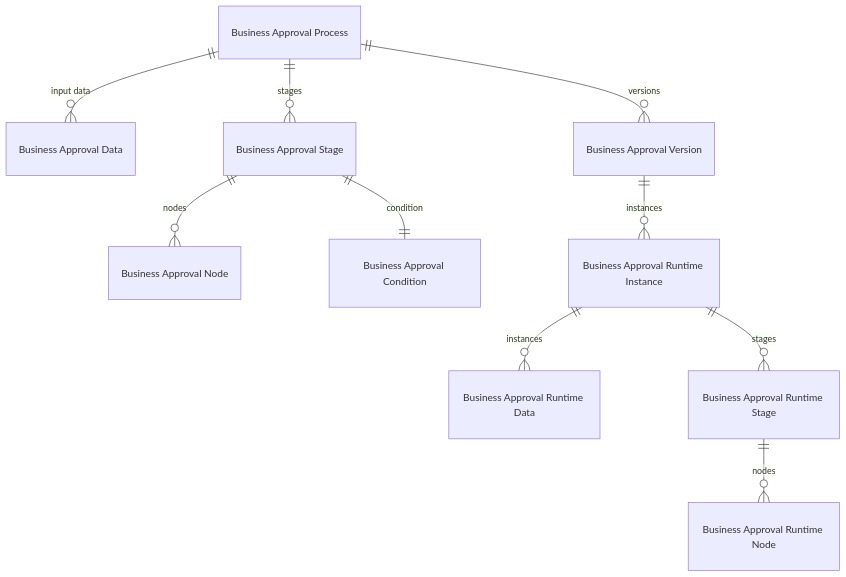
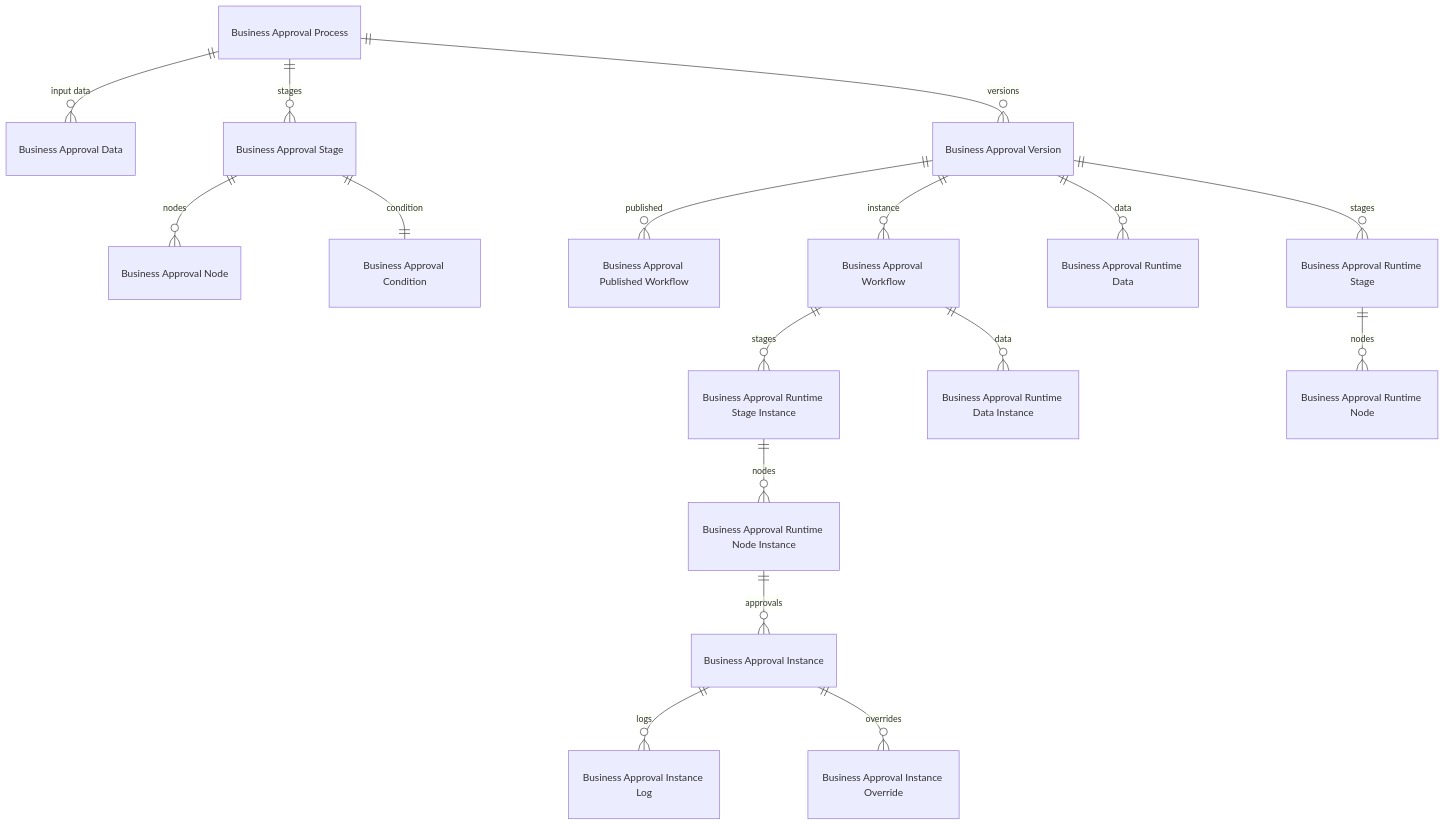
The diagram in ApprovalsKitResources/datamodel.mermaid (microsoft/powercat-business-approvals-kit), drawn with Mermaid before and after one commit. The commit also changed other lines of this file and 1 other file, not shown here.

Commit message:
Data model update

```diff
--- a/ApprovalsKitResources/datamodel.mermaid
+++ b/ApprovalsKitResources/datamodel.mermaid
@@ -1,10 +1,25 @@
+%% ---------
+%%  https://mermaid.live/edit
+%% ---------
 erDiagram
     "Business Approval Process" ||--o{ "Business Approval Data" : "input data"
     "Business Approval Process" ||--o{ "Business Approval Stage" : stages
     "Business Approval Stage" ||--o{ "Business Approval Node" : nodes
     "Business Approval Stage" ||--1 "Business Approval Condition" : condition
     "Business Approval Process" ||--o{ "Business Approval Version" : versions
-    "Business Approval Version" ||--o{ "Business Approval Runtime Instance" : instances
-    "Business Approval Runtime Instance" ||--o{ "Business Approval Runtime Data" : instances
-    "Business Approval Runtime Instance" ||--o{ "Business Approval Runtime Stage" : stages
+    "Business Approval Version" ||--o{ "Business Approval Published Workflow" : published
+
+    "Business Approval Version" ||--o{ "Business Approval Workflow" : instance
+    "Business Approval Version" ||--o{ "Business Approval Runtime Data" : data
+
+    "Business Approval Workflow" ||--o{ "Business Approval Runtime Stage Instance" : stages
+    "Business Approval Workflow" ||--o{ "Business Approval Runtime Data Instance" : data
+
+    "Business Approval Runtime Stage Instance" ||--o{ "Business Approval Runtime Node Instance" : nodes
+    "Business Approval Runtime Node Instance" ||--o{ "Business Approval Instance" : approvals
+
+    "Business Approval Instance" ||--o{ "Business Approval Instance Log" : logs
+    "Business Approval Instance" ||--o{ "Business Approval Instance Override" : overrides
+
+    "Business Approval Version" ||--o{ "Business Approval Runtime Stage" : stages
     "Business Approval Runtime Stage" ||--o{ "Business Approval Runtime Node" : nodes
```
